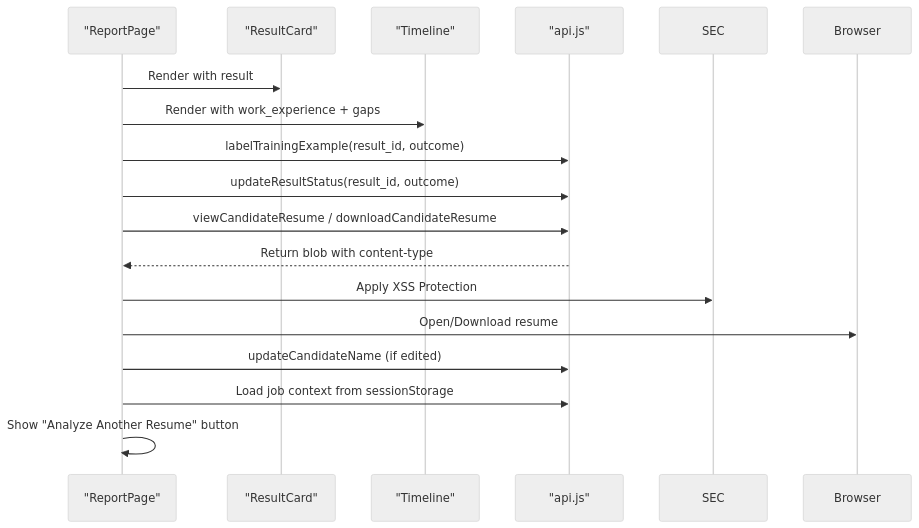
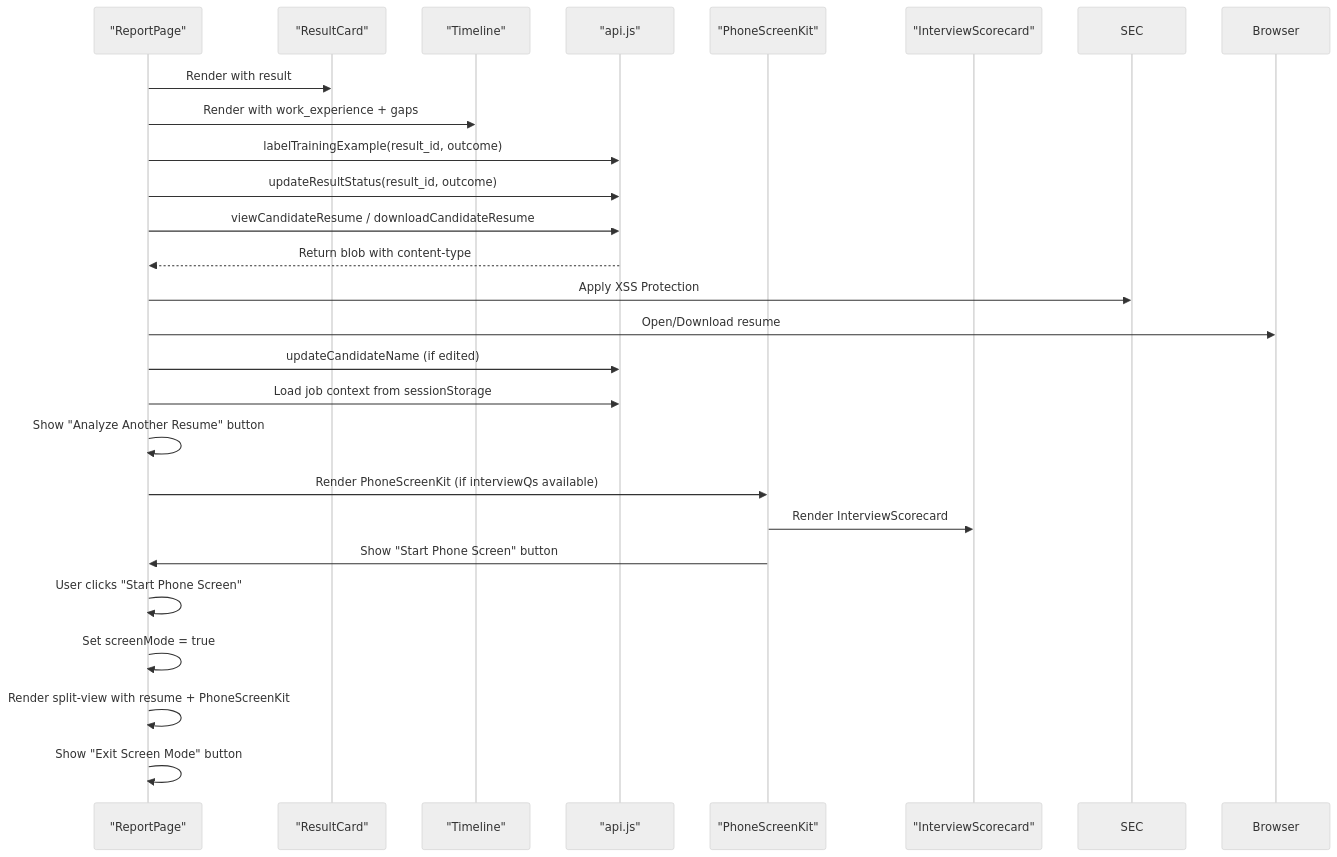
One commit to Revanththetalogics/aireume changed diagram 23 of 29 in .qoder/repowiki/en/content/Frontend Architecture/Frontend Architecture.md. Above: the diagram before and after it, drawn with Mermaid (neutral theme). The commit also changed other lines of this file and 7 other files, not shown here.

Commit message:
refactor: remove redundant screen kit from report, auto-hide empty scorecard

````diff
--- a/.qoder/repowiki/en/content/Frontend Architecture/Frontend Architecture.md
+++ b/.qoder/repowiki/en/content/Frontend Architecture/Frontend Architecture.md
@@ -1803,18 +1330,27 @@
 ```mermaid
 sequenceDiagram
 participant RP as "ReportPage"
 participant RC as "ResultCard"
 participant TL as "Timeline"
 participant API as "api.js"
+participant PS as "PhoneScreenKit"
+participant ISC as "InterviewScorecard"
 RP->>RC : Render with result
 RP->>TL : Render with work_experience + gaps
 RP->>API : labelTrainingExample(result_id, outcome)
 RP->>API : updateResultStatus(result_id, outcome)
 RP->>API : viewCandidateResume / downloadCandidateResume
 API-->>RP : Return blob with content-type
 RP->>SEC : Apply XSS Protection
 RP->>Browser : Open/Download resume
 RP->>API : updateCandidateName (if edited)
 RP->>API : Load job context from sessionStorage
 RP->>RP : Show "Analyze Another Resume" button
+RP->>PS : Render PhoneScreenKit (if interviewQs available)
+PS->>ISC : Render InterviewScorecard
+PS->>RP : Show "Start Phone Screen" button
+RP->>RP : User clicks "Start Phone Screen"
+RP->>RP : Set screenMode = true
+RP->>RP : Render split-view with resume + PhoneScreenKit
+RP->>RP : Show "Exit Screen Mode" button
 ```
````
